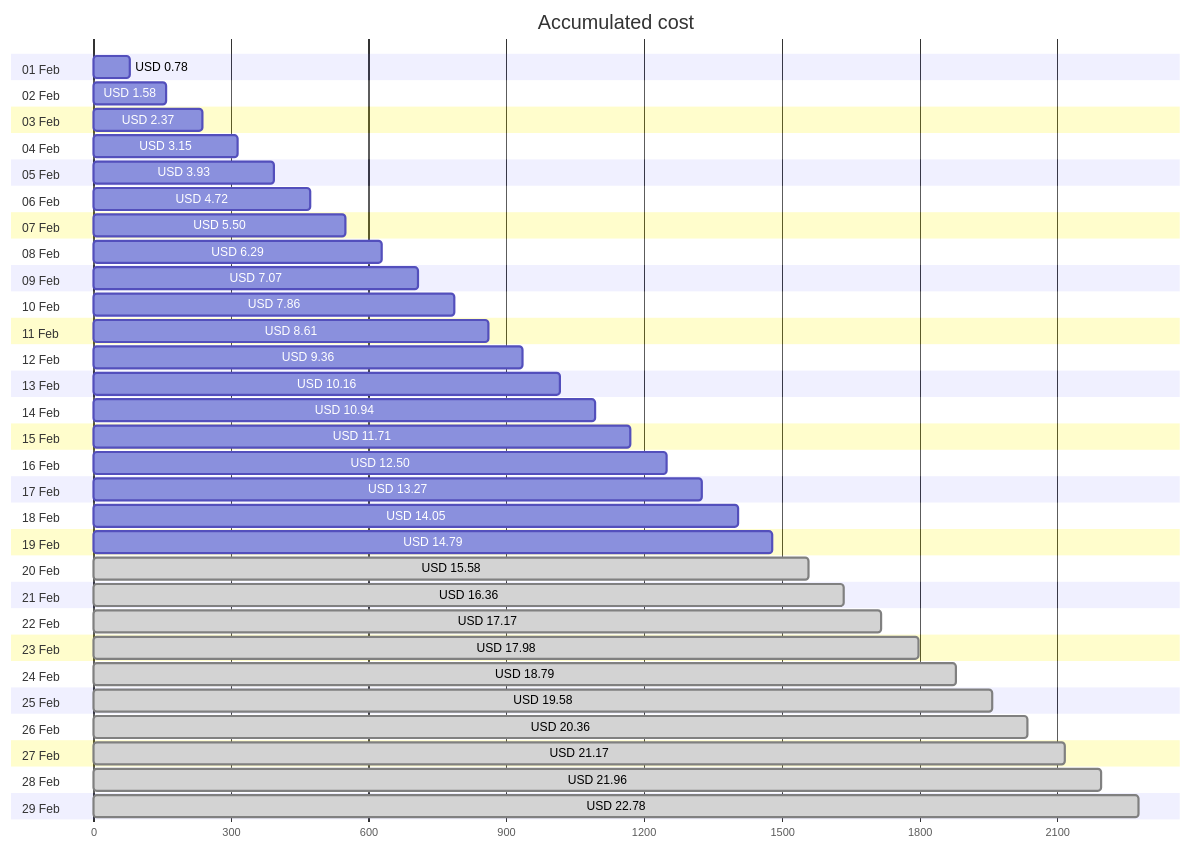
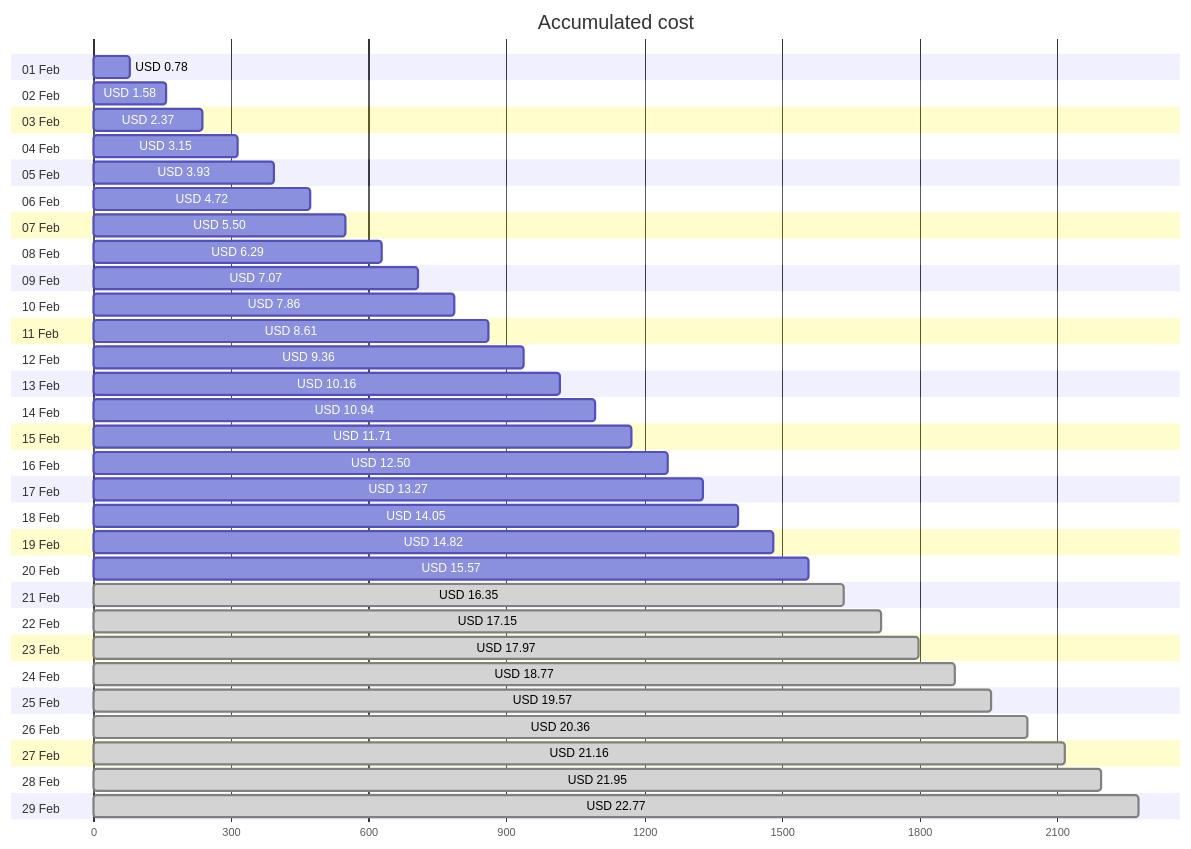
One commit to jpfulton/azure-personal-reports changed the first of 4 diagrams in cost-reports/personal-network/backup-server-data-disk.md. Above: the diagram before and after it, drawn with Mermaid. The commit also changed other lines of this file and 8 other files, not shown here.

````diff
--- a/cost-reports/personal-network/backup-server-data-disk.md
+++ b/cost-reports/personal-network/backup-server-data-disk.md
@@ -20,64 +20,64 @@
 ```mermaid
 gantt
    title Accumulated cost
    dateFormat  X
    axisFormat %s
    section 01 Feb
    USD 0.78 :0, 78
    section 02 Feb
    USD 1.58 :0, 158
    section 03 Feb
    USD 2.37 :0, 237
    section 04 Feb
    USD 3.15 :0, 315
    section 05 Feb
    USD 3.93 :0, 393
    section 06 Feb
    USD 4.72 :0, 472
    section 07 Feb
    USD 5.50 :0, 550
    section 08 Feb
    USD 6.29 :0, 629
    section 09 Feb
    USD 7.07 :0, 707
    section 10 Feb
    USD 7.86 :0, 786
    section 11 Feb
    USD 8.61 :0, 861
    section 12 Feb
    USD 9.36 :0, 936
    section 13 Feb
    USD 10.16 :0, 1016
    section 14 Feb
    USD 10.94 :0, 1094
    section 15 Feb
    USD 11.71 :0, 1171
    section 16 Feb
    USD 12.50 :0, 1250
    section 17 Feb
    USD 13.27 :0, 1327
    section 18 Feb
    USD 14.05 :0, 1405
    section 19 Feb
-   USD 14.79 :0, 1479
+   USD 14.82 :0, 1482
    section 20 Feb
-   USD 15.58 : done, 0, 1558
+   USD 15.57 :0, 1557
    section 21 Feb
-   USD 16.36 : done, 0, 1636
+   USD 16.35 : done, 0, 1635
    section 22 Feb
-   USD 17.17 : done, 0, 1717
+   USD 17.15 : done, 0, 1715
    section 23 Feb
-   USD 17.98 : done, 0, 1798
+   USD 17.97 : done, 0, 1797
    section 24 Feb
-   USD 18.79 : done, 0, 1879
+   USD 18.77 : done, 0, 1877
    section 25 Feb
-   USD 19.58 : done, 0, 1958
+   USD 19.57 : done, 0, 1957
    section 26 Feb
    USD 20.36 : done, 0, 2036
    section 27 Feb
-   USD 21.17 : done, 0, 2117
+   USD 21.16 : done, 0, 2116
    section 28 Feb
-   USD 21.96 : done, 0, 2196
+   USD 21.95 : done, 0, 2195
    section 29 Feb
-   USD 22.78 : done, 0, 2278
+   USD 22.77 : done, 0, 2277
 ```
````
